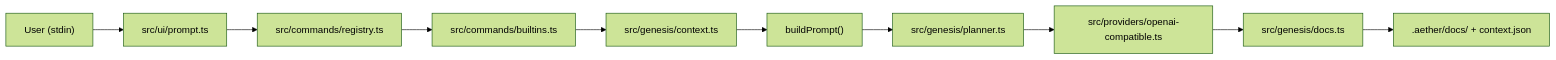
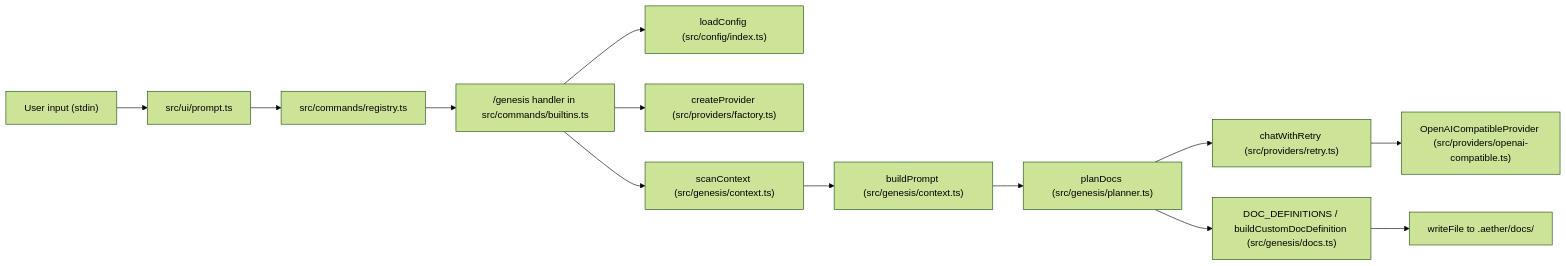
Before and after one commit to Aether-One/aether: the second of 3 diagrams in .aether/docs/diagrams/system.md, drawn with Mermaid (forest theme). The commit also changed other lines of this file and 25 other files, not shown here.

````diff
--- a/.aether/docs/diagrams/system.md
+++ b/.aether/docs/diagrams/system.md
@@ -29,12 +30,15 @@
 ```mermaid
 flowchart LR
-    user["User (stdin)"] --> prompt["src/ui/prompt.ts"]
-    prompt --> registry["src/commands/registry.ts"]
-    registry --> builtins["src/commands/builtins.ts"]
-    builtins --> context["src/genesis/context.ts"]
-    context --> buildPrompt["buildPrompt()"]
-    buildPrompt --> planner["src/genesis/planner.ts"]
-    planner --> providers["src/providers/openai-compatible.ts"]
-    providers --> docs["src/genesis/docs.ts"]
-    docs --> fs[".aether/docs/ + context.json"]
+  user["User input (stdin)"] --> prompt["src/ui/prompt.ts"]
+  prompt --> registry["src/commands/registry.ts"]
+  registry --> builtins["/genesis handler in src/commands/builtins.ts"]
+  builtins --> config["loadConfig (src/config/index.ts)"]
+  builtins --> provider["createProvider (src/providers/factory.ts)"]
+  builtins --> scan["scanContext (src/genesis/context.ts)"]
+  scan --> buildprompt["buildPrompt (src/genesis/context.ts)"]
+  buildprompt --> planner["planDocs (src/genesis/planner.ts)"]
+  planner --> providerCall["chatWithRetry (src/providers/retry.ts)"]
+  providerCall --> openai["OpenAICompatibleProvider (src/providers/openai-compatible.ts)"]
+  planner --> docs["DOC_DEFINITIONS / buildCustomDocDefinition (src/genesis/docs.ts)"]
+  docs --> writeFile["writeFile to .aether/docs/"]
 ```
````
